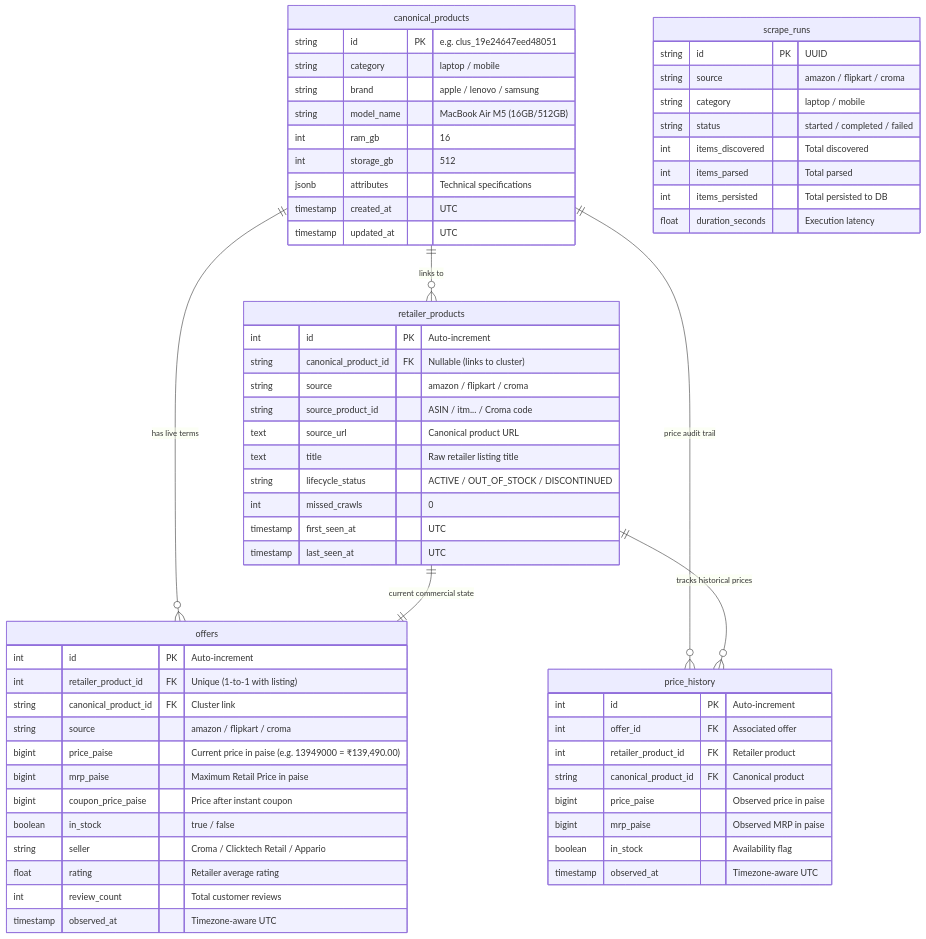
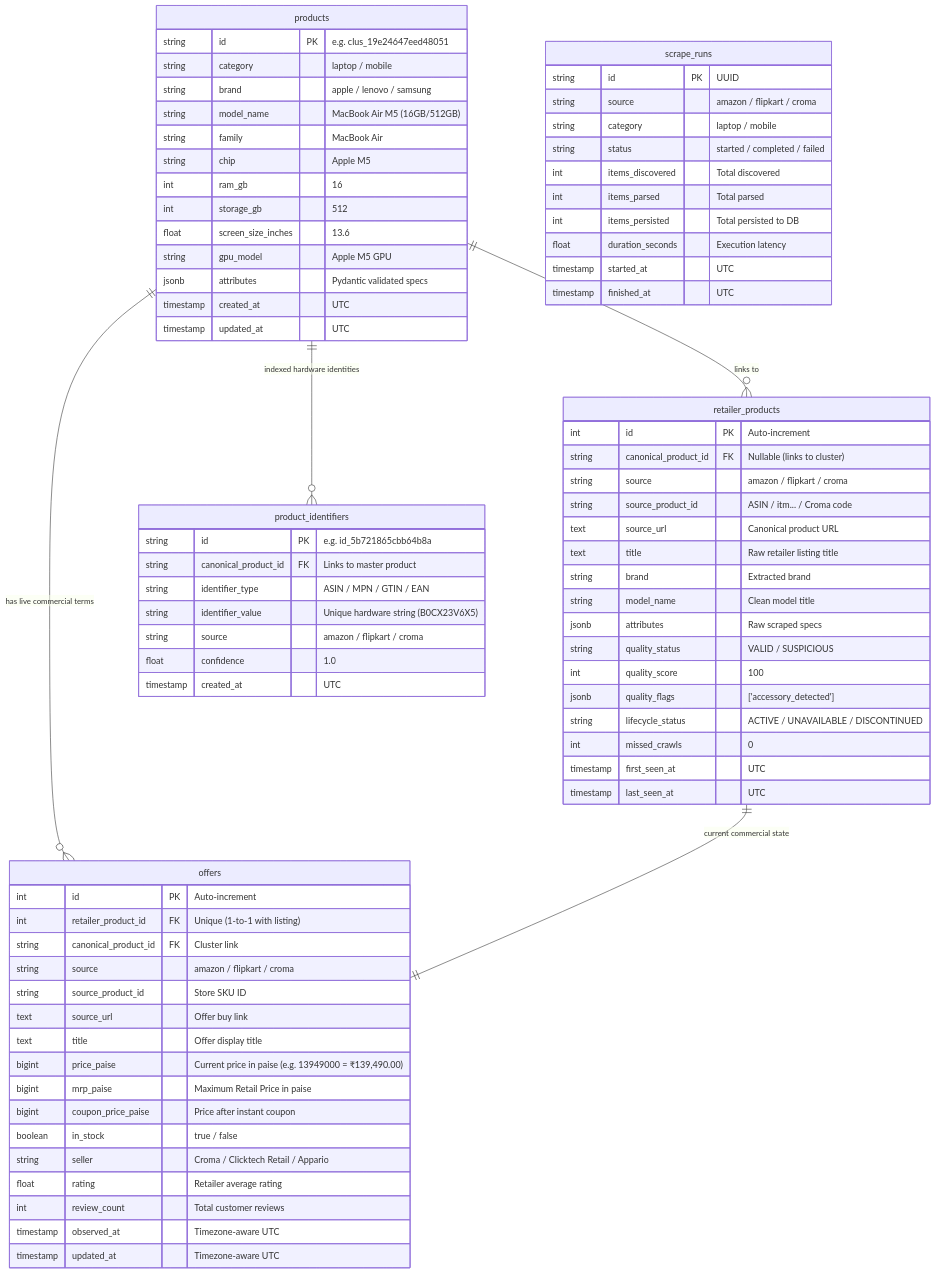
The diagram in docs/architecture/database-analysis.md (deepak9236/certicart-pipeline), drawn with Mermaid before and after one commit. The commit also changed other lines of this file and 3 other files, not shown here.

Commit message:
docs: update table use-cases, design rationale, and architecture maturity rating

````diff
--- a/docs/architecture/database-analysis.md
+++ b/docs/architecture/database-analysis.md
@@ -11,19 +11,22 @@
 ```mermaid
 erDiagram
-    canonical_products ||--o{ retailer_products : "links to"
-    canonical_products ||--o{ offers : "has live terms"
-    canonical_products ||--o{ price_history : "price audit trail"
+    products ||--o{ retailer_products : "links to"
+    products ||--o{ offers : "has live commercial terms"
+    products ||--o{ product_identifiers : "indexed hardware identities"
     retailer_products ||--|| offers : "current commercial state"
-    retailer_products ||--o{ price_history : "tracks historical prices"
 
-    canonical_products {
+    products {
         string id PK "e.g. clus_19e24647eed48051"
         string category "laptop / mobile"
         string brand "apple / lenovo / samsung"
         string model_name "MacBook Air M5 (16GB/512GB)"
+        string family "MacBook Air"
+        string chip "Apple M5"
         int ram_gb "16"
         int storage_gb "512"
-        jsonb attributes "Technical specifications"
+        float screen_size_inches "13.6"
+        string gpu_model "Apple M5 GPU"
+        jsonb attributes "Pydantic validated specs"
         timestamp created_at "UTC"
         timestamp updated_at "UTC"
     }
@@ -35,7 +38,13 @@
         string source_product_id "ASIN / itm... / Croma code"
         text source_url "Canonical product URL"
         text title "Raw retailer listing title"
-        string lifecycle_status "ACTIVE / OUT_OF_STOCK / DISCONTINUED"
+        string brand "Extracted brand"
+        string model_name "Clean model title"
+        jsonb attributes "Raw scraped specs"
+        string quality_status "VALID / SUSPICIOUS"
+        int quality_score "100"
+        jsonb quality_flags "['accessory_detected']"
+        string lifecycle_status "ACTIVE / UNAVAILABLE / DISCONTINUED"
         int missed_crawls "0"
         timestamp first_seen_at "UTC"
         timestamp last_seen_at "UTC"
@@ -46,6 +55,9 @@
         int retailer_product_id FK "Unique (1-to-1 with listing)"
         string canonical_product_id FK "Cluster link"
         string source "amazon / flipkart / croma"
+        string source_product_id "Store SKU ID"
+        text source_url "Offer buy link"
+        text title "Offer display title"
         bigint price_paise "Current price in paise (e.g. 13949000 = ₹139,490.00)"
         bigint mrp_paise "Maximum Retail Price in paise"
         bigint coupon_price_paise "Price after instant coupon"
@@ -54,17 +66,17 @@
         float rating "Retailer average rating"
         int review_count "Total customer reviews"
         timestamp observed_at "Timezone-aware UTC"
+        timestamp updated_at "Timezone-aware UTC"
     }
 
-    price_history {
-        int id PK "Auto-increment"
-        int offer_id FK "Associated offer"
-        int retailer_product_id FK "Retailer product"
-        string canonical_product_id FK "Canonical product"
-        bigint price_paise "Observed price in paise"
-        bigint mrp_paise "Observed MRP in paise"
-        boolean in_stock "Availability flag"
-        timestamp observed_at "Timezone-aware UTC"
+    product_identifiers {
+        string id PK "e.g. id_5b721865cbb64b8a"
+        string canonical_product_id FK "Links to master product"
+        string identifier_type "ASIN / MPN / GTIN / EAN"
+        string identifier_value "Unique hardware string (B0CX23V6X5)"
+        string source "amazon / flipkart / croma"
+        float confidence "1.0"
+        timestamp created_at "UTC"
     }
 
     scrape_runs {
@@ -76,5 +88,7 @@
         int items_parsed "Total parsed"
         int items_persisted "Total persisted to DB"
         float duration_seconds "Execution latency"
+        timestamp started_at "UTC"
+        timestamp finished_at "UTC"
     }
 ```
````
